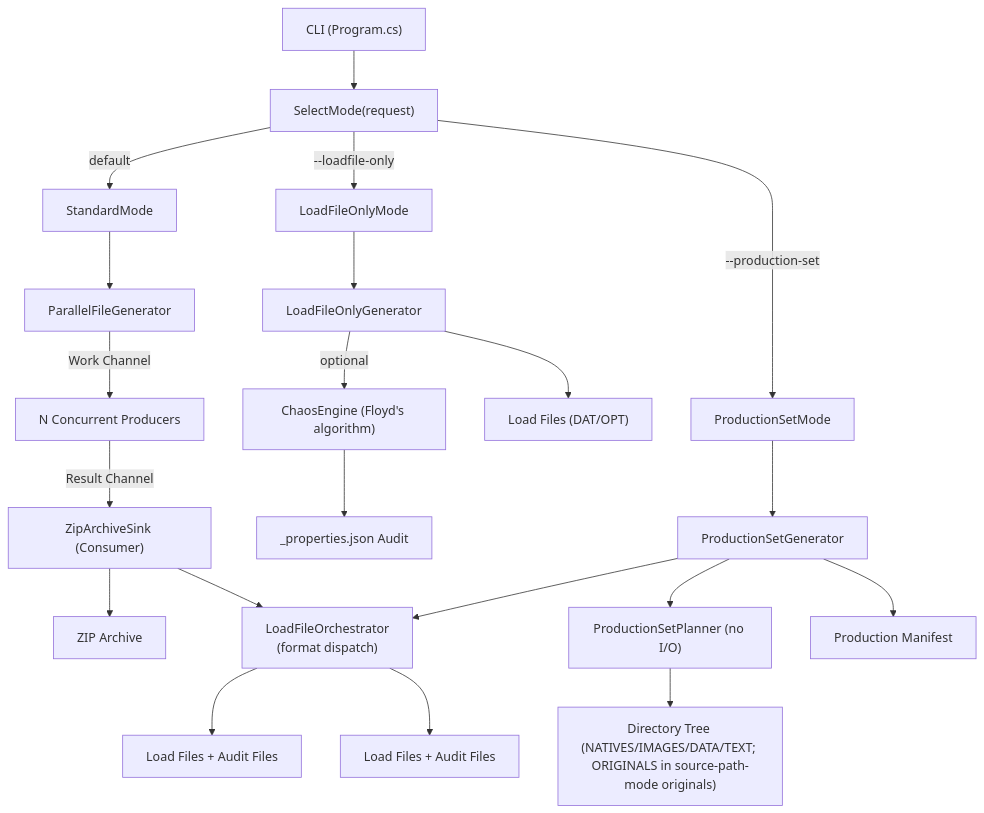
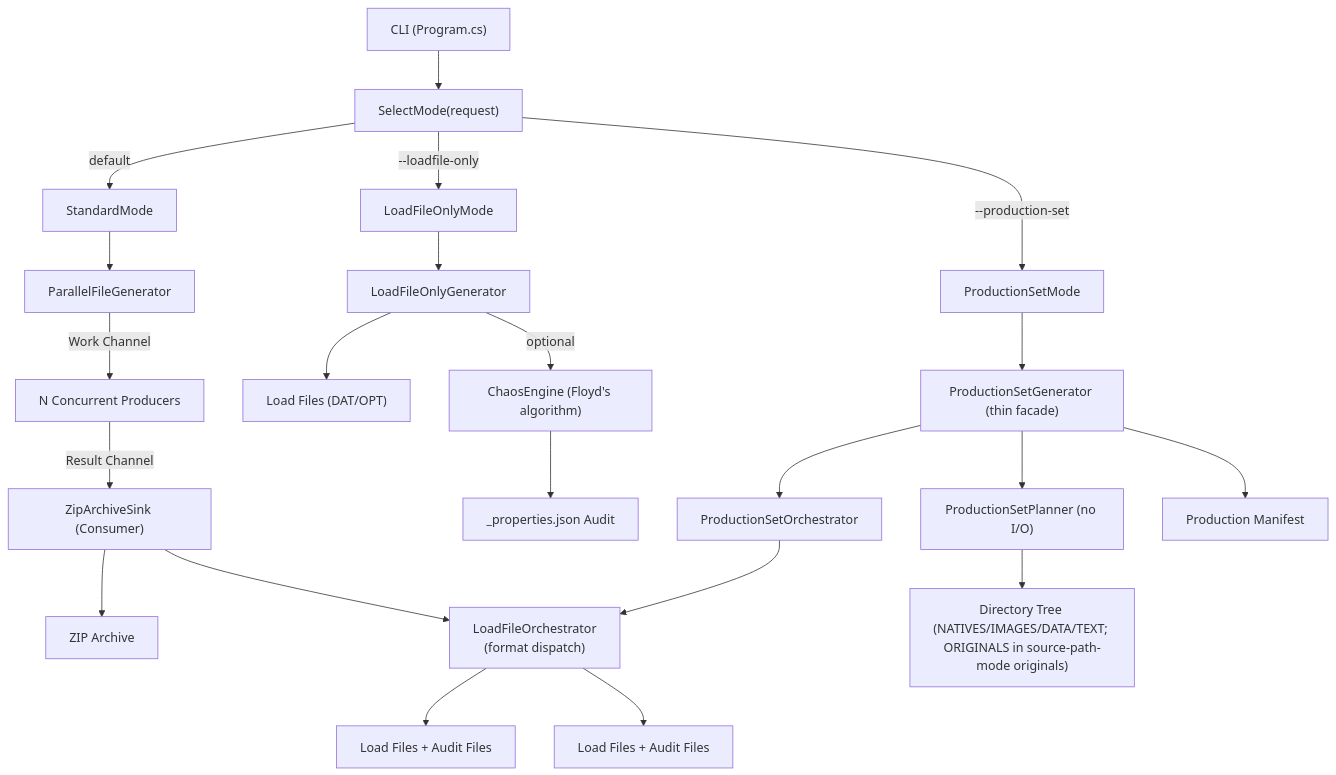
Before and after one commit to dwojtaszek/zipper: the first of 3 diagrams in docs/architecture.md, drawn with Mermaid. The commit also changed 4 other files, not shown here.

First line of the commit message:
Docs drift: xml alias missing in README, stale architecture diagram, REQ-186 wrong cross-ref (#803)

````diff
--- a/docs/architecture.md
+++ b/docs/architecture.md
@@ -44,27 +44,28 @@
 ```mermaid
 graph TD
     CLI["CLI (Program.cs)"]
     CLI --> SelectMode["SelectMode(request)"]
     SelectMode -->|"default"| StandardMode["StandardMode"]
     SelectMode -->|"--loadfile-only"| LoadFileOnlyMode["LoadFileOnlyMode"]
     SelectMode -->|"--production-set"| ProductionSetMode["ProductionSetMode"]
 
     StandardMode --> PFG["ParallelFileGenerator"]
     PFG -->|"Work Channel"| Producers["N Concurrent Producers"]
     Producers -->|"Result Channel"| ZAS["ZipArchiveSink (Consumer)"]
     ZAS --> ZIP["ZIP Archive"]
     ZAS --> LFO["LoadFileOrchestrator<br/>(format dispatch)"]
     LFO --> LF1["Load Files + Audit Files"]
 
     LoadFileOnlyMode --> LOG["LoadFileOnlyGenerator"]
     LOG --> LF2["Load Files (DAT/OPT)"]
     LOG -->|"optional"| Chaos["ChaosEngine (Floyd's algorithm)"]
     Chaos --> Audit["_properties.json Audit"]
 
-    ProductionSetMode --> PSG["ProductionSetGenerator"]
+    ProductionSetMode --> PSG["ProductionSetGenerator (thin facade)"]
     PSG --> PSP["ProductionSetPlanner (no I/O)"]
     PSP --> Tree["Directory Tree (NATIVES/IMAGES/DATA/TEXT; ORIGINALS in source-path-mode originals)"]
-    PSG --> LFO
+    PSG --> PSO["ProductionSetOrchestrator"]
+    PSO --> LFO
     LFO --> LF3["Load Files + Audit Files"]
     PSG --> Manifest["Production Manifest"]
 ```
````
